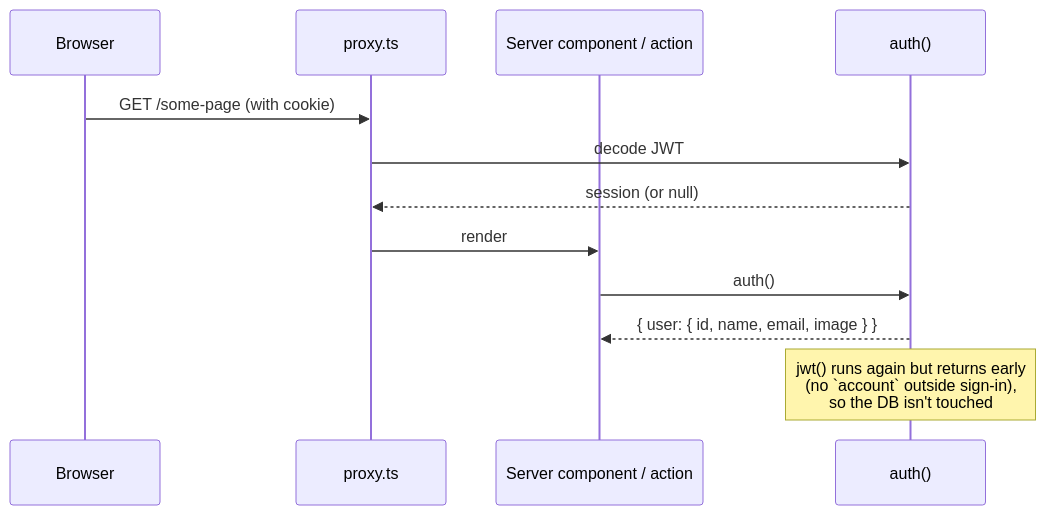
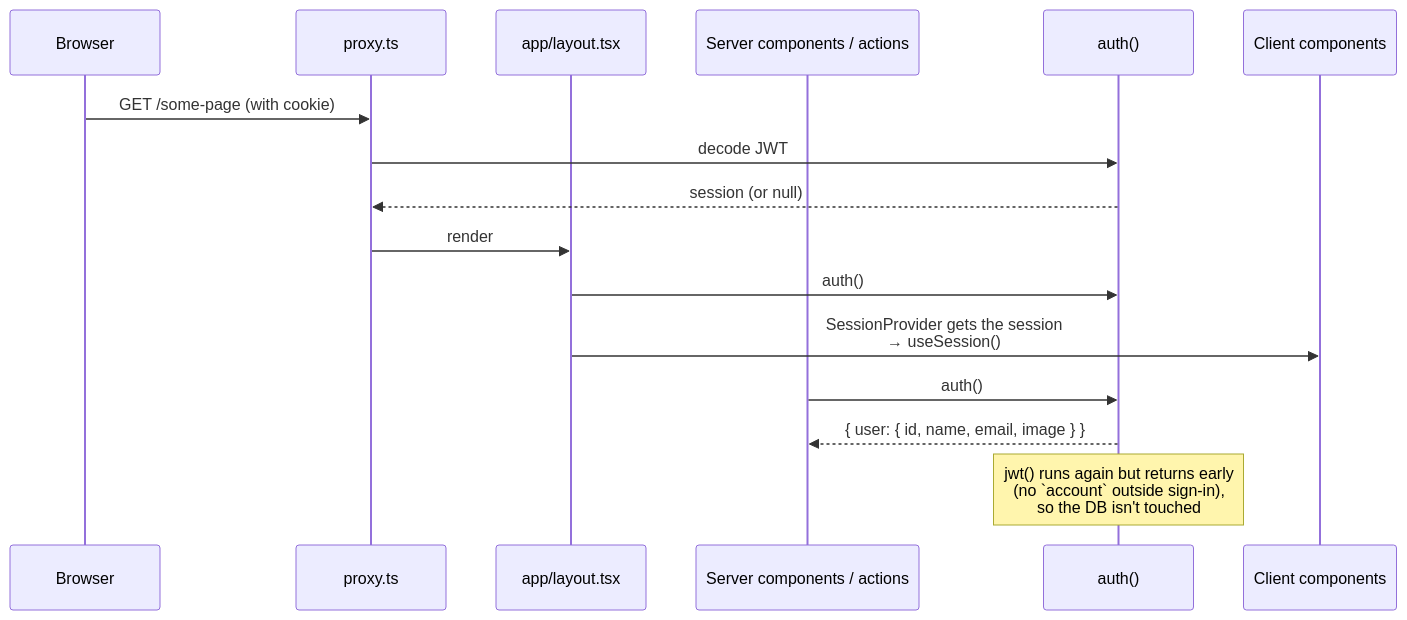
The ninth of 9 diagrams in docs/AUTH.md (firihy/dev-over-flow), drawn with Mermaid before and after one commit. The commit also changed other lines of this file, not shown here.

First line of the commit message:
docs: restructure the auth doc around journeys

````diff
--- a/docs/AUTH.md
+++ b/docs/AUTH.md
@@ -478,15 +404,19 @@
 ```mermaid
 sequenceDiagram
   participant B as Browser
   participant PX as proxy.ts
-  participant RSC as Server component / action
+  participant L as app/layout.tsx
+  participant RSC as Server components / actions
   participant A as auth()
+  participant C as Client components
 
   B->>PX: GET /some-page (with cookie)
   PX->>A: decode JWT
   A-->>PX: session (or null)
-  PX->>RSC: render
+  PX->>L: render
+  L->>A: auth()
+  L->>C: SessionProvider gets the session<br/>→ useSession()
   RSC->>A: auth()
   A-->>RSC: { user: { id, name, email, image } }
   Note over A: jwt() runs again but returns early<br/>(no `account` outside sign-in),<br/>so the DB isn't touched
 ```
````
